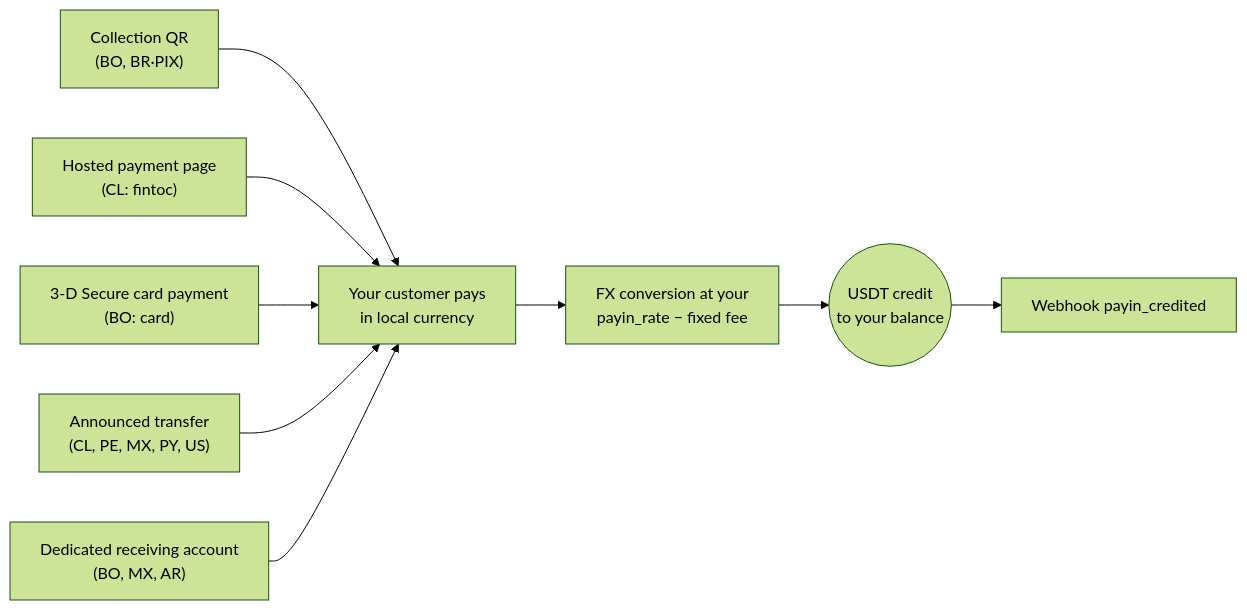
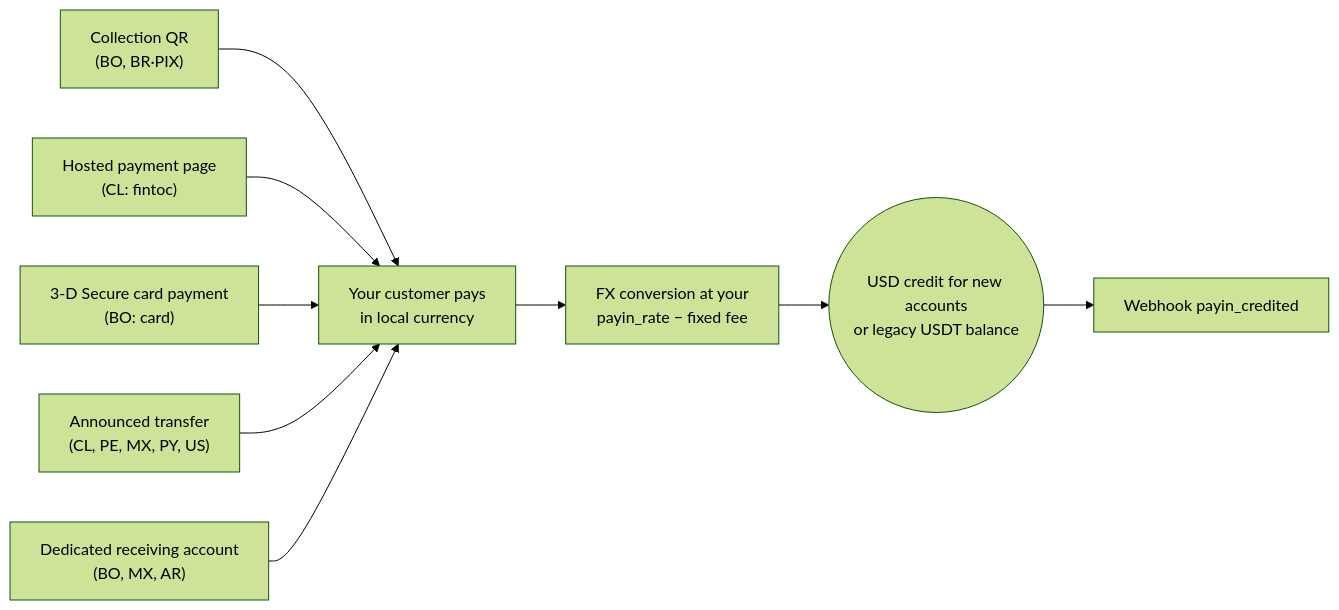
Before and after one commit to CBpayapp/cbpay-docs: the diagram in en/guides/payins.mdx, drawn with Mermaid (forest theme). The commit also changed other lines of this file and 93 other files, not shown here.

````diff
--- a/en/guides/payins.mdx
+++ b/en/guides/payins.mdx
@@ -39,11 +40,11 @@
 ```mermaid
 flowchart LR
     qr["Collection QR<br/>(BO, BR·PIX)"] --> pay["Your customer pays<br/>in local currency"]
     hosted["Hosted payment page<br/>(CL: fintoc)"] --> pay
     card["3-D Secure card payment<br/>(BO: card)"] --> pay
     announced["Announced transfer<br/>(CL, PE, MX, PY, US)"] --> pay
     clabe["Dedicated receiving account<br/>(BO, MX, AR)"] --> pay
     pay --> conv["FX conversion at your<br/>payin_rate − fixed fee"]
-    conv --> credit(("USDT credit<br/>to your balance"))
+    conv --> credit(("USD credit for new accounts<br/>or legacy USDT balance"))
     credit --> wh["Webhook payin_credited"]
 ```
````
